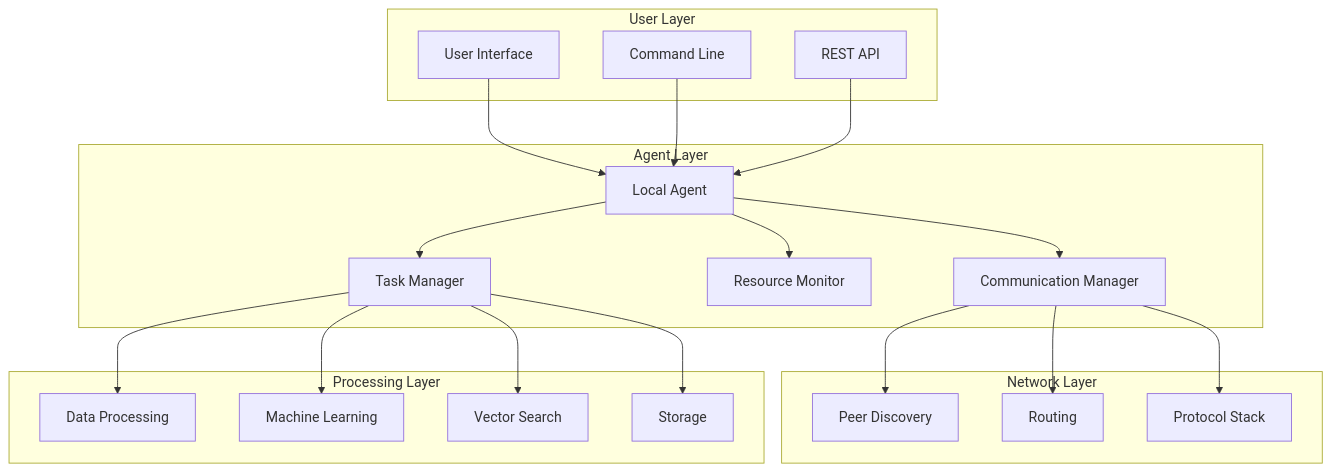
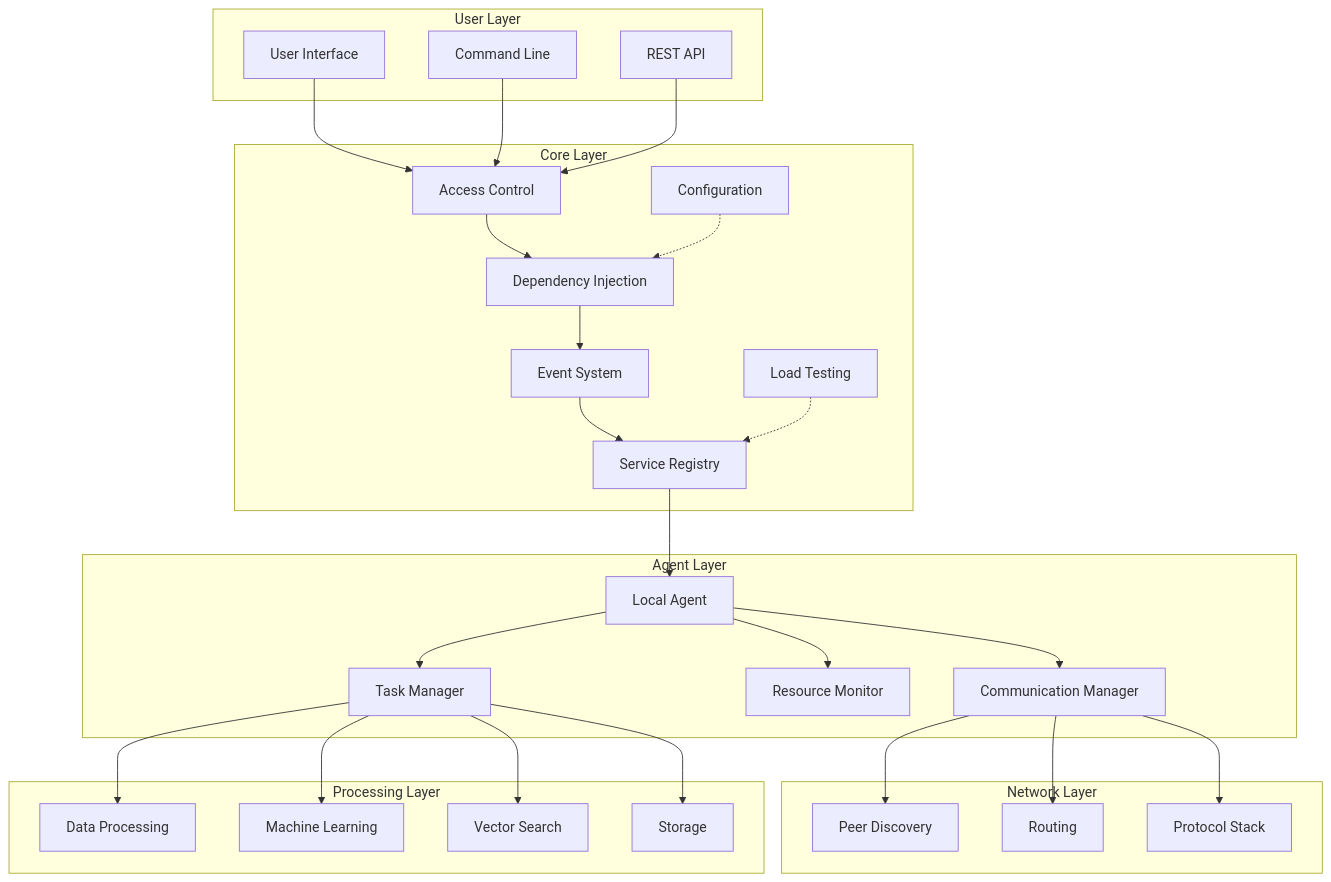
Before and after one commit to devicemanager/p2p-ai-agents: the first of 2 diagrams in docs/architecture/system-overview.md, drawn with Mermaid. The commit also changed other lines of this file and 3 other files, not shown here.

````diff
--- a/docs/architecture/system-overview.md
+++ b/docs/architecture/system-overview.md
@@ -45,42 +45,57 @@
 ```mermaid
 graph TD
     subgraph User Layer
         UI[User Interface]
         CLI[Command Line]
         API[REST API]
+    end
+
+    subgraph Core Layer
+        DI[Dependency Injection]
+        ES[Event System]
+        SR[Service Registry]
+        AC[Access Control]
+        CFG[Configuration]
+        LT[Load Testing]
     end
 
     subgraph Agent Layer
         LA[Local Agent]
         TA[Task Manager]
         RM[Resource Monitor]
         CM[Communication Manager]
     end
 
     subgraph Network Layer
         PD[Peer Discovery]
         RT[Routing]
         PS[Protocol Stack]
     end
 
     subgraph Processing Layer
         DP[Data Processing]
         ML[Machine Learning]
         VS[Vector Search]
         ST[Storage]
     end
 
-    UI --> LA
-    CLI --> LA
-    API --> LA
+    UI --> AC
+    CLI --> AC
+    API --> AC
+    AC --> DI
+    DI --> ES
+    ES --> SR
+    SR --> LA
     LA --> TA
     LA --> RM
     LA --> CM
     CM --> PD
     CM --> RT
     CM --> PS
     TA --> DP
     TA --> ML
     TA --> VS
     TA --> ST
+    CFG -.-> DI
+    LT -.-> SR
 ```
````
